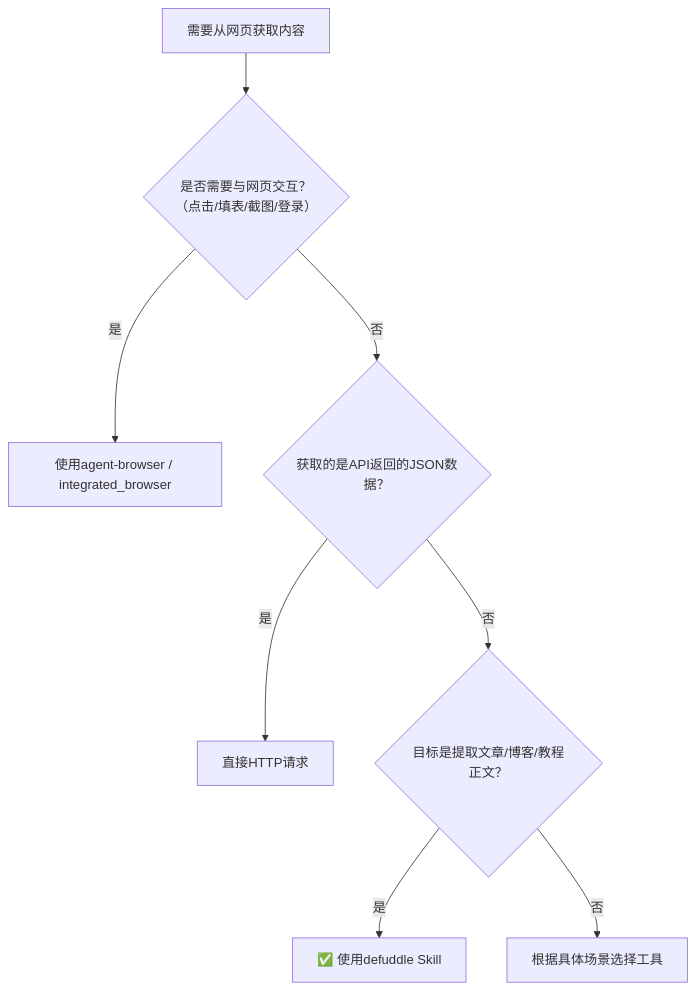
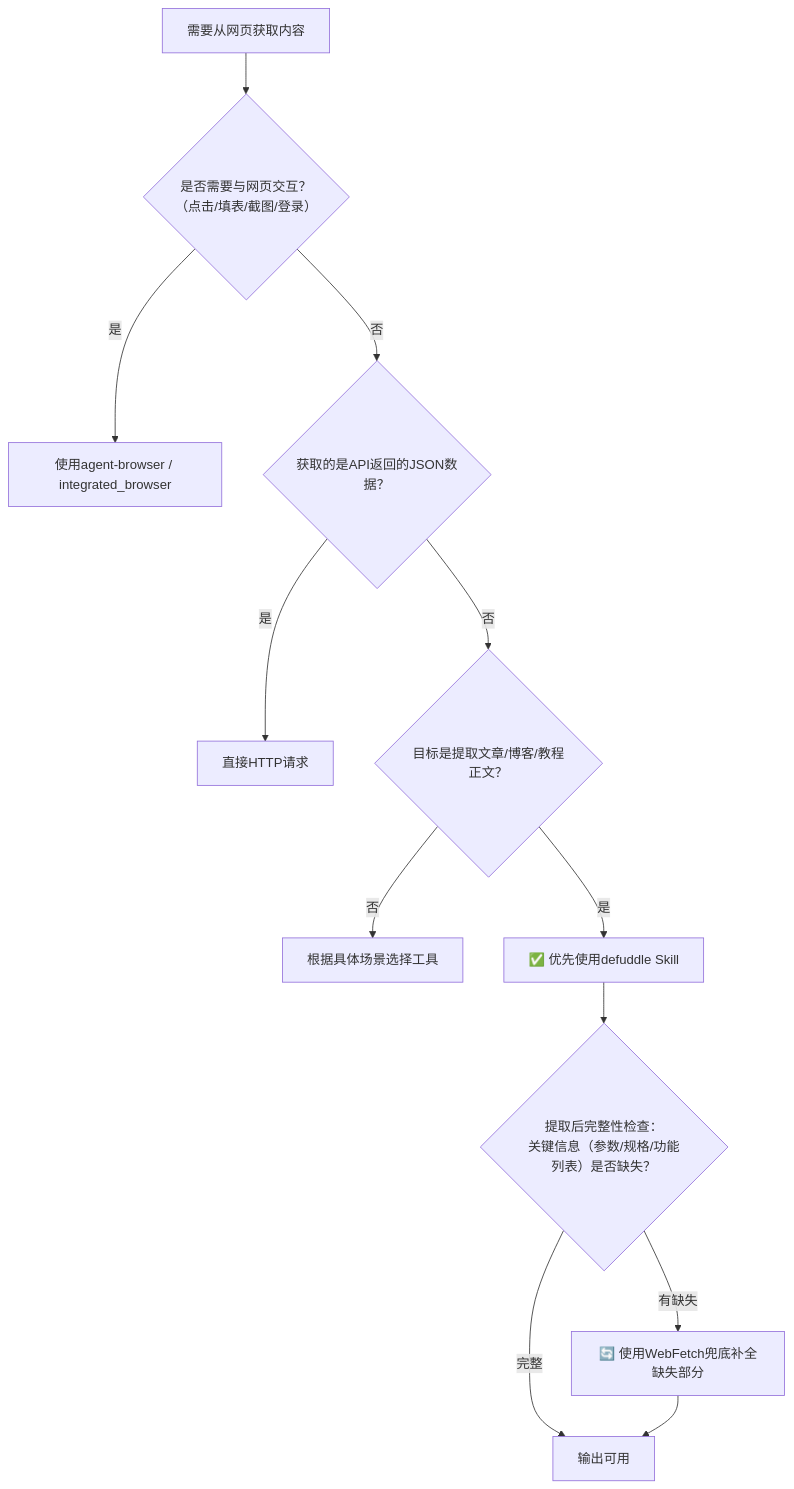
One commit to xinetzone/SpecWeave changed the diagram in docs/retrospective/patterns/methodology-patterns/tools-automation/defuddle-web-extraction-preferred.md. Above: the diagram before and after it, drawn with Mermaid. The commit also changed other lines of this file and 30 other files, not shown here.

````diff
--- a/docs/retrospective/patterns/methodology-patterns/tools-automation/defuddle-web-extraction-preferred.md
+++ b/docs/retrospective/patterns/methodology-patterns/tools-automation/defuddle-web-extraction-preferred.md
@@ -53,10 +61,14 @@
 ```mermaid
 flowchart TD
     A["需要从网页获取内容"] --> B{"是否需要与网页交互？<br/>（点击/填表/截图/登录）"}
     B -->|"是"| C["使用agent-browser / integrated_browser"]
     B -->|"否"| D{"获取的是API返回的JSON数据？"}
     D -->|"是"| E["直接HTTP请求"]
     D -->|"否"| F{"目标是提取文章/博客/教程正文？"}
-    F -->|"是"| G["✅ 使用defuddle Skill"]
     F -->|"否"| H["根据具体场景选择工具"]
+    F -->|"是"| G["✅ 优先使用defuddle Skill"]
+    G --> I{"提取后完整性检查：<br/>关键信息（参数/规格/功能列表）是否缺失？"}
+    I -->|"完整"| J["输出可用"]
+    I -->|"有缺失"| K["🔄 使用WebFetch兜底补全缺失部分"]
+    K --> J
 ```
````
